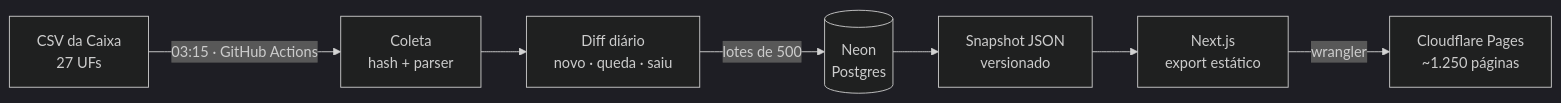
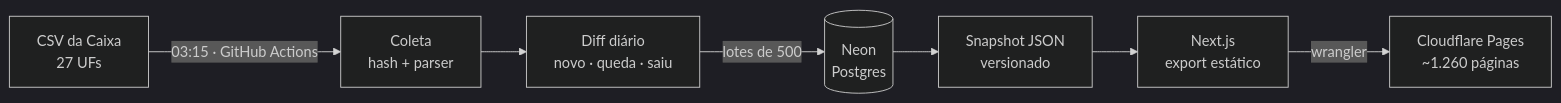
One commit to tarlisodoria/garimpo-imoveis changed the diagram in README.md. Above: the diagram before and after it, drawn with Mermaid (dark theme). The commit also changed other lines of this file and 14 other files, not shown here.

````diff
--- a/README.md
+++ b/README.md
@@ -51,9 +55,9 @@
 ```mermaid
 flowchart LR
     caixa["CSV da Caixa<br/>27 UFs"] -->|"03:15 · GitHub Actions"| coleta["Coleta<br/>hash + parser"]
     coleta --> diff["Diff diário<br/>novo · queda · saiu"]
     diff -->|"lotes de 500"| neon[("Neon<br/>Postgres")]
     neon --> snapshot["Snapshot JSON<br/>versionado"]
     snapshot --> build["Next.js<br/>export estático"]
-    build -->|"wrangler"| pages["Cloudflare Pages<br/>~1.250 páginas"]
+    build -->|"wrangler"| pages["Cloudflare Pages<br/>~1.260 páginas"]
 ```
````
